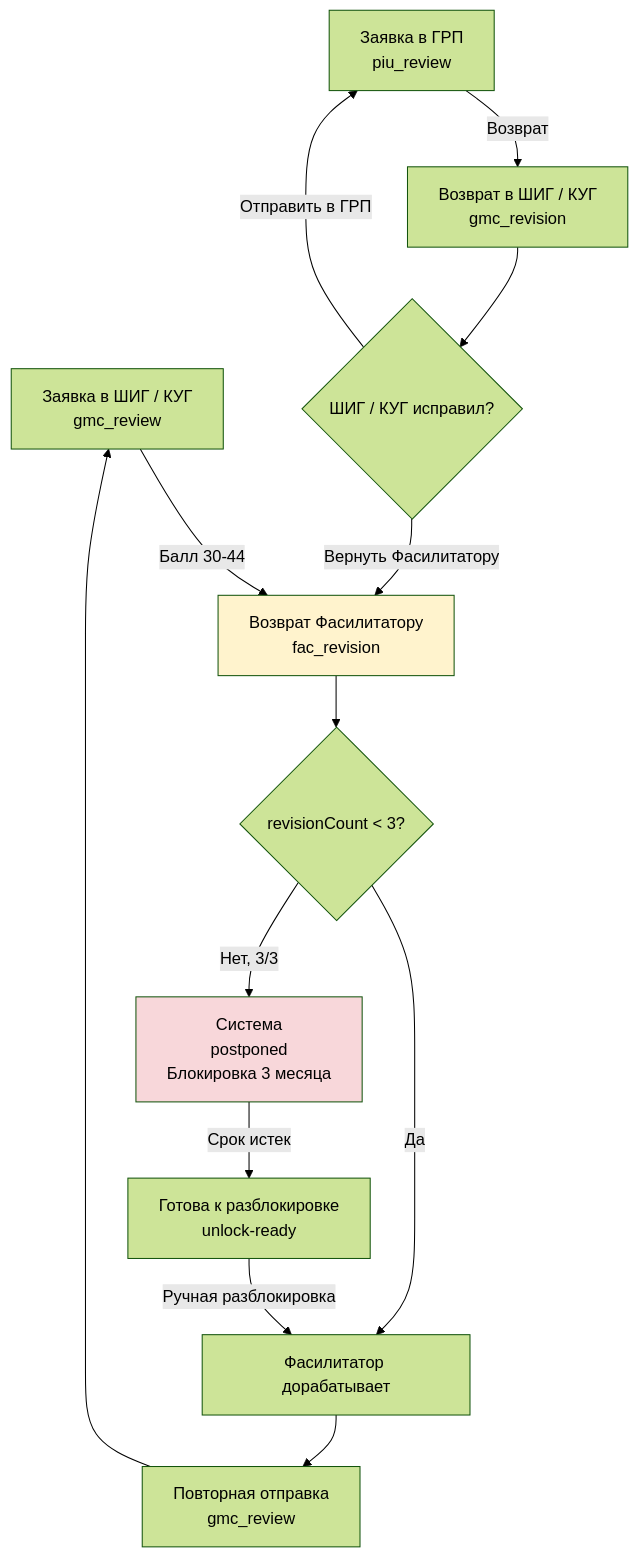
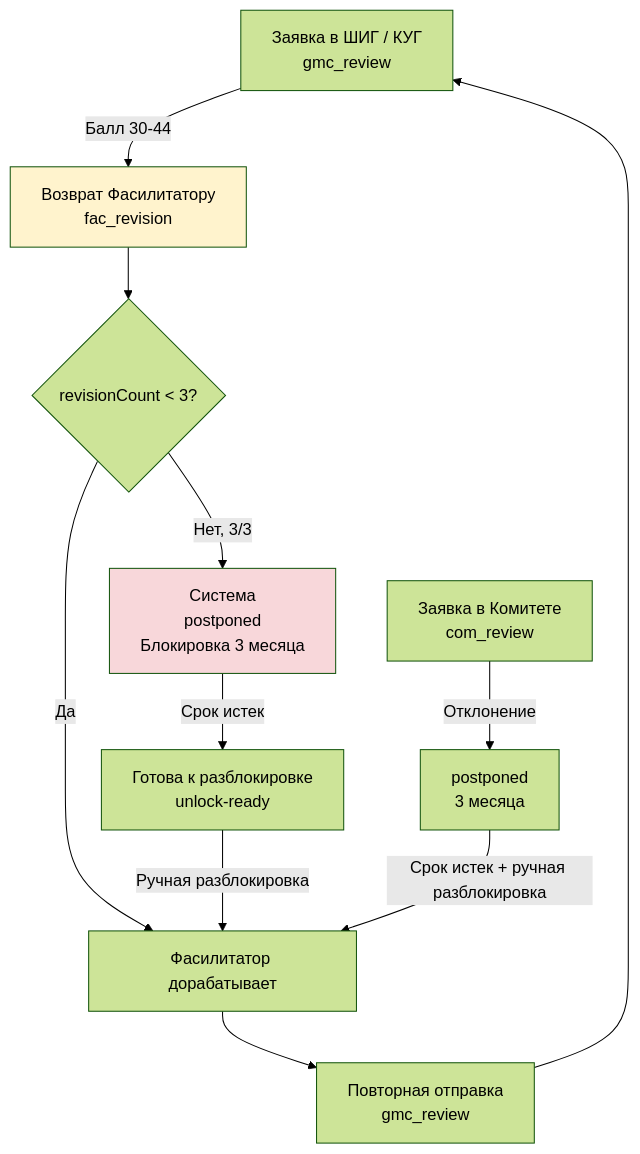
Diagram 12 of 15 in docs/BUSINESS-PROCESSES.md (firka-kh/eip-test), drawn with Mermaid (forest theme) before and after one commit. The commit also changed other lines of this file and 51 other files, not shown here.

````diff
--- a/docs/BUSINESS-PROCESSES.md
+++ b/docs/BUSINESS-PROCESSES.md
@@ -497,19 +471,17 @@
 ```mermaid
 flowchart TD
     A[Заявка в ШИГ / КУГ<br/>gmc_review] -->|Балл 30-44| B[Возврат Фасилитатору<br/>fac_revision]
     B --> C{revisionCount < 3?}
     C -->|Да| D[Фасилитатор дорабатывает]
     D --> E[Повторная отправка<br/>gmc_review]
     E --> A
     C -->|Нет, 3/3| F[Система<br/>postponed<br/>Блокировка 3 месяца]
     F -->|Срок истек| G[Готова к разблокировке<br/>unlock-ready]
     G -->|Ручная разблокировка| D
 
-    H[Заявка в ГРП<br/>piu_review] -->|Возврат| I[Возврат в ШИГ / КУГ<br/>gmc_revision]
-    I --> J{ШИГ / КУГ исправил?}
-    J -->|Отправить в ГРП| H
-    J -->|Вернуть Фасилитатору| B
+    H[Заявка в Комитете<br/>com_review] -->|Отклонение| I[postponed<br/>3 месяца]
+    I -->|Срок истек + ручная разблокировка| D
 
     style B fill:#fff3cd
     style F fill:#f8d7da
 ```
````
